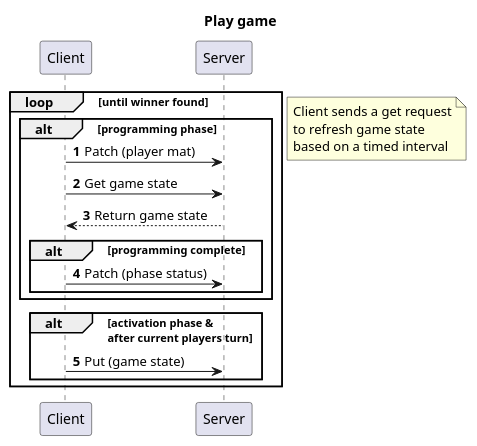
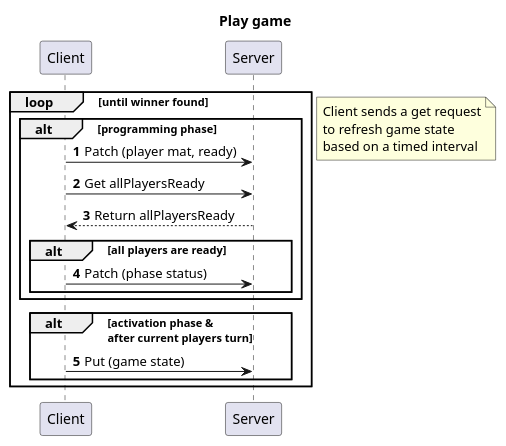
Before and after one commit to MarkBidstrup/RoboRally: the diagram in PlantUML/PlayGameDiagram.puml, drawn with PlantUML.

Commit message:
minor changes in pdg

```diff
--- a/PlantUML/PlayGameDiagram.puml
+++ b/PlantUML/PlayGameDiagram.puml
@@ -1,27 +1,27 @@
 @startuml
 'https://plantuml.com/sequence-diagram
 
 autonumber
 title Play game
 
 loop until winner found
 alt programming phase
-Client -> Server: Patch (player mat)
-Client -> Server: Get game state
-Server --> Client: Return game state
-alt programming complete
+Client -> Server: Patch (player mat, ready)
+Client -> Server: Get allPlayersReady
+Server --> Client: Return allPlayersReady
+alt all players are ready
 Client -> Server: Patch (phase status)
 end
 end
 
 alt activation phase & \nafter current players turn
 Client -> Server: Put (game state)
 end
 end
 
 note left
 Client sends a get request
 to refresh game state
 based on a timed interval
 end note
 @enduml
```
